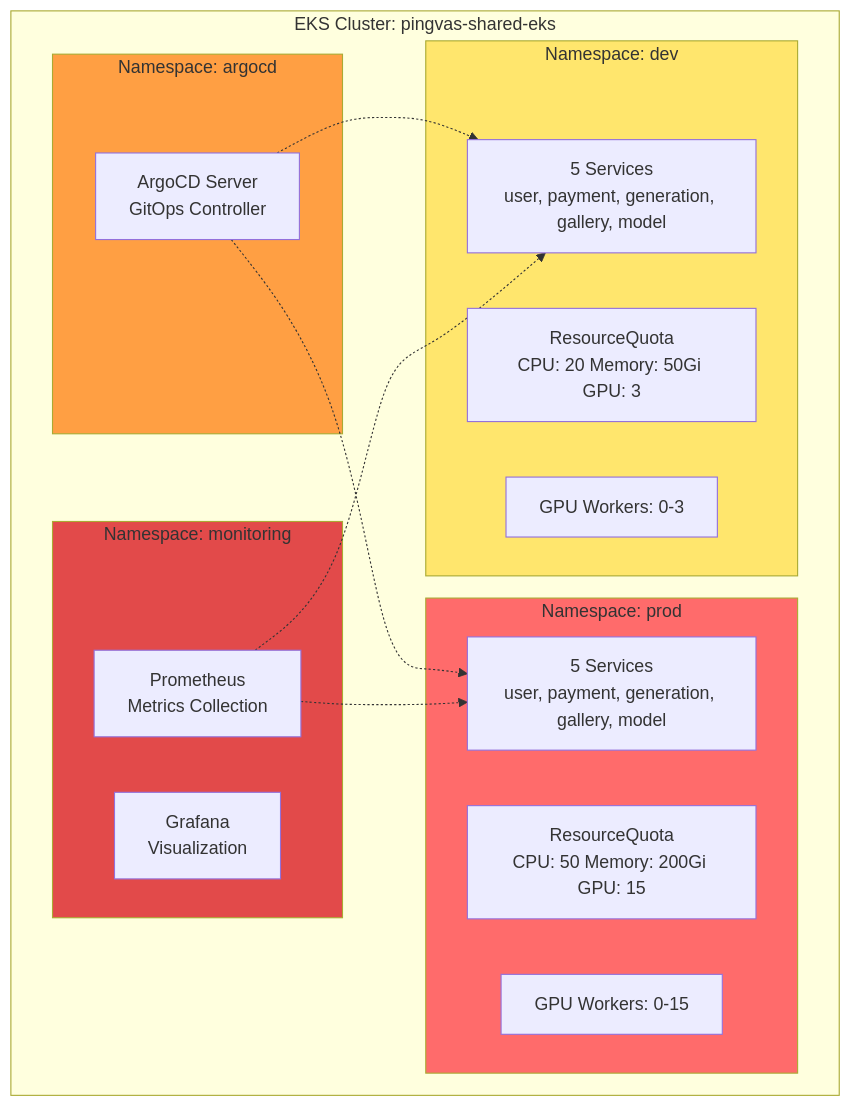
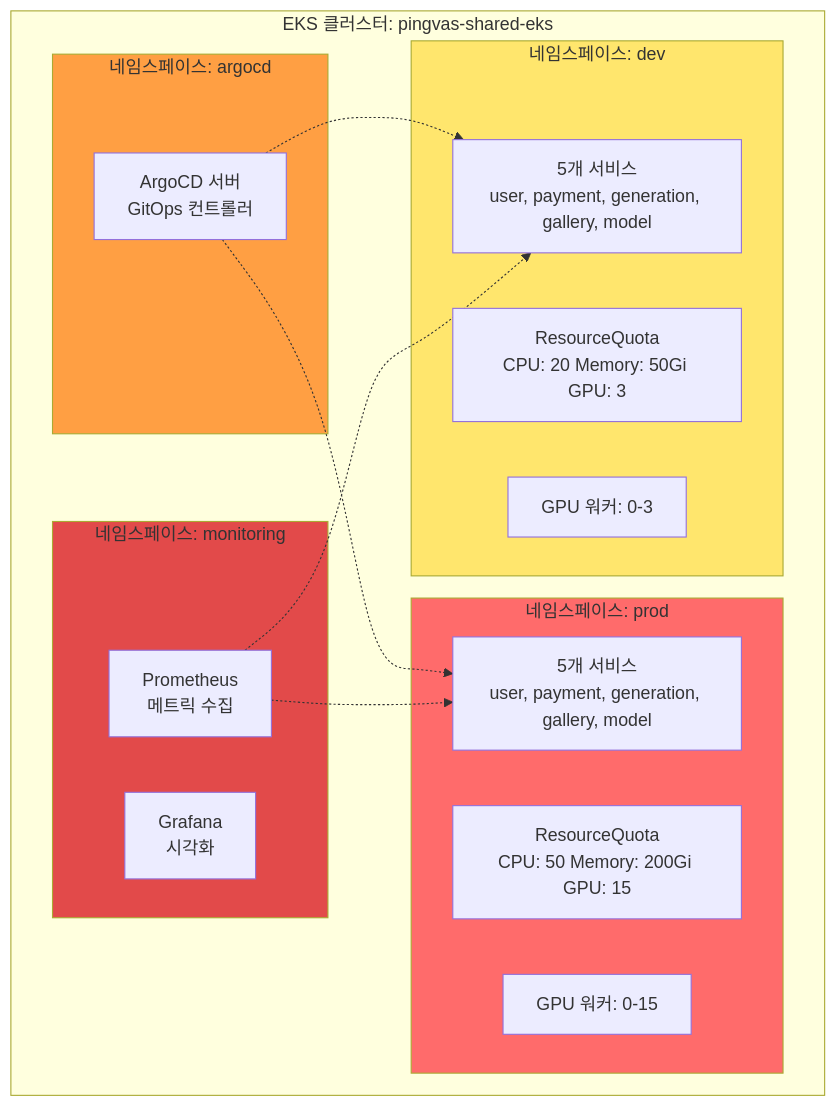
The fifth of 15 diagrams in docs/final-architecture/01-aws-architecture-diagram.md (Pinksea-AI/InvokeAI), drawn with Mermaid before and after one commit. The commit also changed other lines of this file, not shown here.

First line of the commit message:
docs: AWS 아키텍처 다이어그램 문서를 한글로 번역

````diff
--- a/docs/final-architecture/01-aws-architecture-diagram.md
+++ b/docs/final-architecture/01-aws-architecture-diagram.md
@@ -214,36 +214,36 @@
 ```mermaid
 graph TB
-    subgraph Cluster[EKS Cluster: pingvas-shared-eks]
-        subgraph DevNS[Namespace: dev]
+    subgraph Cluster[EKS 클러스터: pingvas-shared-eks]
+        subgraph DevNS[네임스페이스: dev]
             DevQuota[ResourceQuota<br/>CPU: 20 Memory: 50Gi GPU: 3]
-            DevServices[5 Services<br/>user, payment, generation, gallery, model]
-            DevWorkers[GPU Workers: 0-3]
+            DevServices[5개 서비스<br/>user, payment, generation, gallery, model]
+            DevWorkers[GPU 워커: 0-3]
         end
 
-        subgraph ProdNS[Namespace: prod]
+        subgraph ProdNS[네임스페이스: prod]
             ProdQuota[ResourceQuota<br/>CPU: 50 Memory: 200Gi GPU: 15]
-            ProdServices[5 Services<br/>user, payment, generation, gallery, model]
-            ProdWorkers[GPU Workers: 0-15]
+            ProdServices[5개 서비스<br/>user, payment, generation, gallery, model]
+            ProdWorkers[GPU 워커: 0-15]
         end
 
-        subgraph ArgoNS[Namespace: argocd]
-            ArgoCD[ArgoCD Server<br/>GitOps Controller]
+        subgraph ArgoNS[네임스페이스: argocd]
+            ArgoCD[ArgoCD 서버<br/>GitOps 컨트롤러]
         end
 
-        subgraph MonNS[Namespace: monitoring]
-            Prometheus[Prometheus<br/>Metrics Collection]
-            Grafana[Grafana<br/>Visualization]
+        subgraph MonNS[네임스페이스: monitoring]
+            Prometheus[Prometheus<br/>메트릭 수집]
+            Grafana[Grafana<br/>시각화]
         end
     end
 
     ArgoCD -.-> DevServices
     ArgoCD -.-> ProdServices
 
     Prometheus -.-> DevServices
     Prometheus -.-> ProdServices
 
     style DevNS fill:#FFE66D
     style ProdNS fill:#FF6B6B
     style ArgoNS fill:#FF9F43
     style MonNS fill:#E24A4A
 ```
````
